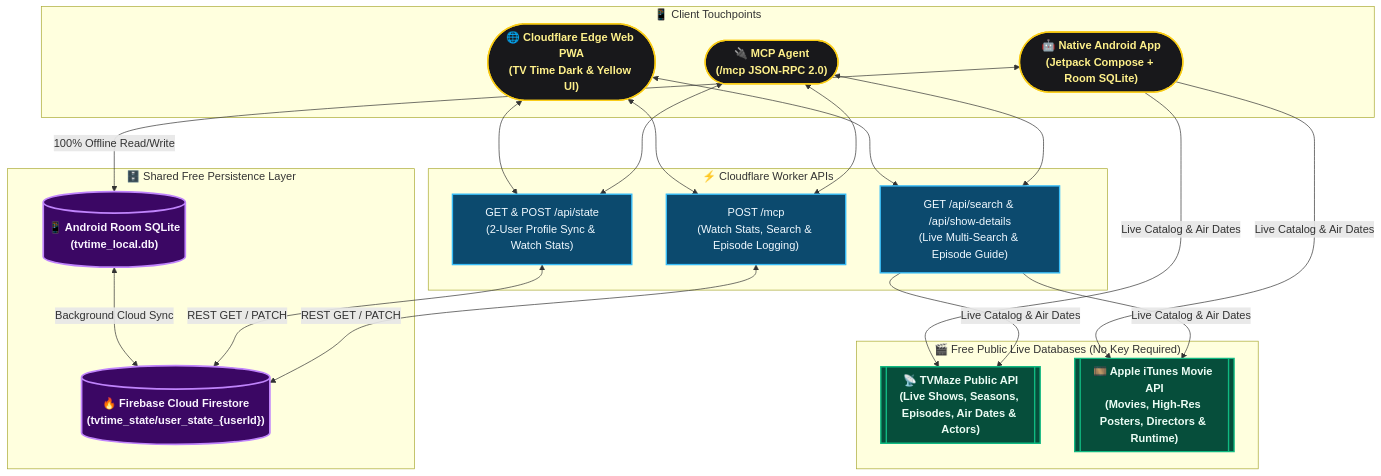
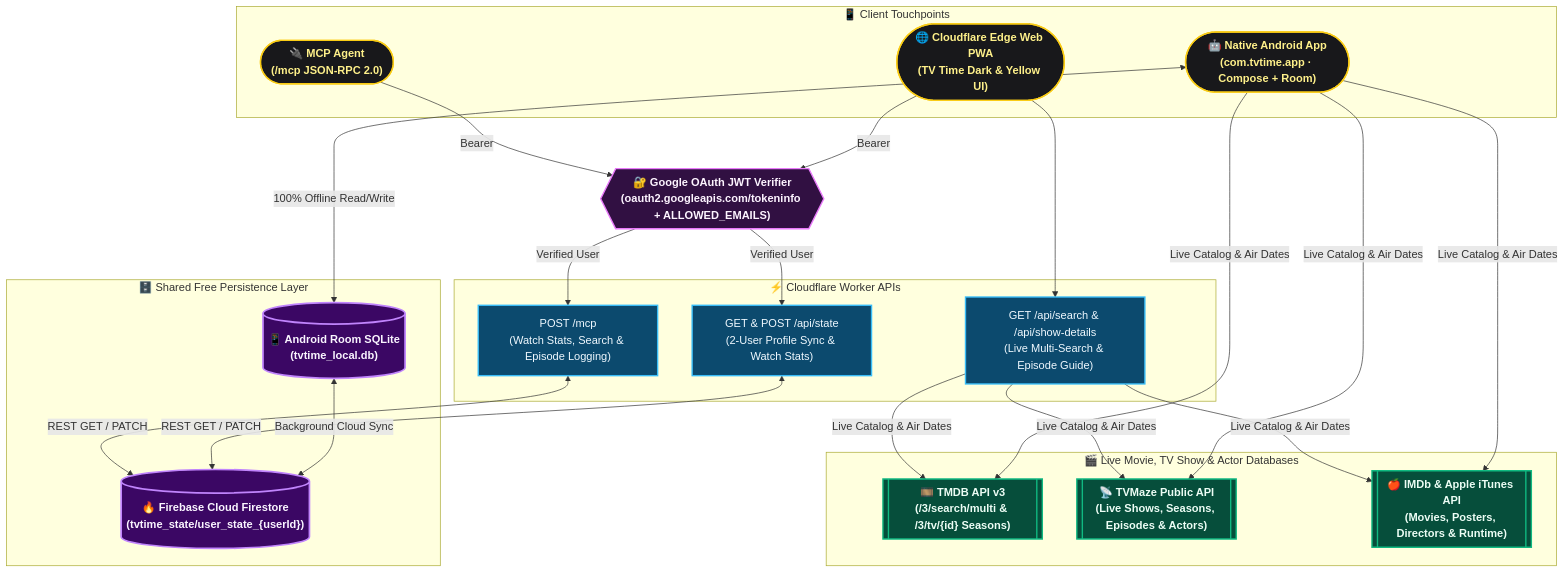
Before and after one commit to madhavsankar/MovieDB_Website: the second of 2 diagrams in README.md, drawn with Mermaid. The commit also changed other lines of this file and 2 other files, not shown here.

Commit message:
fix(android): enforce deterministic keystore signing in CI and surface GoogleSignIn ApiException codes

````diff
--- a/README.md
+++ b/README.md
@@ -30,35 +52,41 @@
 ```mermaid
 flowchart TB
     classDef client fill:#18181b,stroke:#facc15,stroke-width:2px,color:#fef08a,font-weight:bold
+    classDef gate fill:#311042,stroke:#e879f9,stroke-width:2px,color:#fdf4ff,font-weight:bold
     classDef api fill:#0c4a6e,stroke:#38bdf8,stroke-width:2px,color:#f0f9ff
     classDef ext fill:#064e3b,stroke:#10b981,stroke-width:2px,color:#ecfdf5,font-weight:bold
     classDef db fill:#3b0764,stroke:#c084fc,stroke-width:2.5px,color:#faf5ff,font-weight:bold
 
     subgraph Clients["📱 Client Touchpoints"]
-        Android(["🤖 Native Android App\n(Jetpack Compose + Room SQLite)"]):::client
+        Android(["🤖 Native Android App\n(com.tvtime.app · Compose + Room)"]):::client
         WebPWA(["🌐 Cloudflare Edge Web PWA\n(TV Time Dark & Yellow UI)"]):::client
         McpClient(["🔌 MCP Agent\n(/mcp JSON-RPC 2.0)"]):::client
     end
+
+    AuthGate{{"🔐 Google OAuth JWT Verifier\n(oauth2.googleapis.com/tokeninfo + ALLOWED_EMAILS)"}}:::gate
 
     subgraph WorkerAPIs["⚡ Cloudflare Worker APIs"]
         StateAPI["GET & POST /api/state\n(2-User Profile Sync & Watch Stats)"]:::api
         SearchAPI["GET /api/search & /api/show-details\n(Live Multi-Search & Episode Guide)"]:::api
         McpAPI["POST /mcp\n(Watch Stats, Search & Episode Logging)"]:::api
     end
 
-    subgraph Catalogs["🎬 Free Public Live Databases (No Key Required)"]
-        TvMaze[["📡 TVMaze Public API\n(Live Shows, Seasons, Episodes, Air Dates & Actors)"]]:::ext
-        iTunes[["🎞️ Apple iTunes Movie API\n(Movies, High-Res Posters, Directors & Runtime)"]]:::ext
+    subgraph Catalogs["🎬 Live Movie, TV Show & Actor Databases"]
+        TmdbAPI[["🎞️ TMDB API v3\n(/3/search/multi & /3/tv/{id} Seasons)"]]:::ext
+        TvMaze[["📡 TVMaze Public API\n(Live Shows, Seasons, Episodes & Actors)"]]:::ext
+        iTunes[["🍎 IMDb & Apple iTunes API\n(Movies, Posters, Directors & Runtime)"]]:::ext
     end
 
     subgraph Storage["🗄️ Shared Free Persistence Layer"]
         RoomDB[("📱 Android Room SQLite\n(tvtime_local.db)")]:::db
         FirestoreDB[("🔥 Firebase Cloud Firestore\n(tvtime_state/user_state_{userId})")]:::db
     end
 
     Android <-->|"100% Offline Read/Write"| RoomDB
     RoomDB <-->|"Background Cloud Sync"| FirestoreDB
-    WebPWA & McpClient <--> StateAPI & SearchAPI & McpAPI
+    WebPWA & McpClient -->|"Bearer <Google_ID_Token>"| AuthGate
+    AuthGate -->|"Verified User"| StateAPI & McpAPI
+    WebPWA --> SearchAPI
     StateAPI & McpAPI <-->|"REST GET / PATCH"| FirestoreDB
-    Android & SearchAPI -->|"Live Catalog & Air Dates"| TvMaze & iTunes
+    Android & SearchAPI -->|"Live Catalog & Air Dates"| TmdbAPI & TvMaze & iTunes
 ```
````
